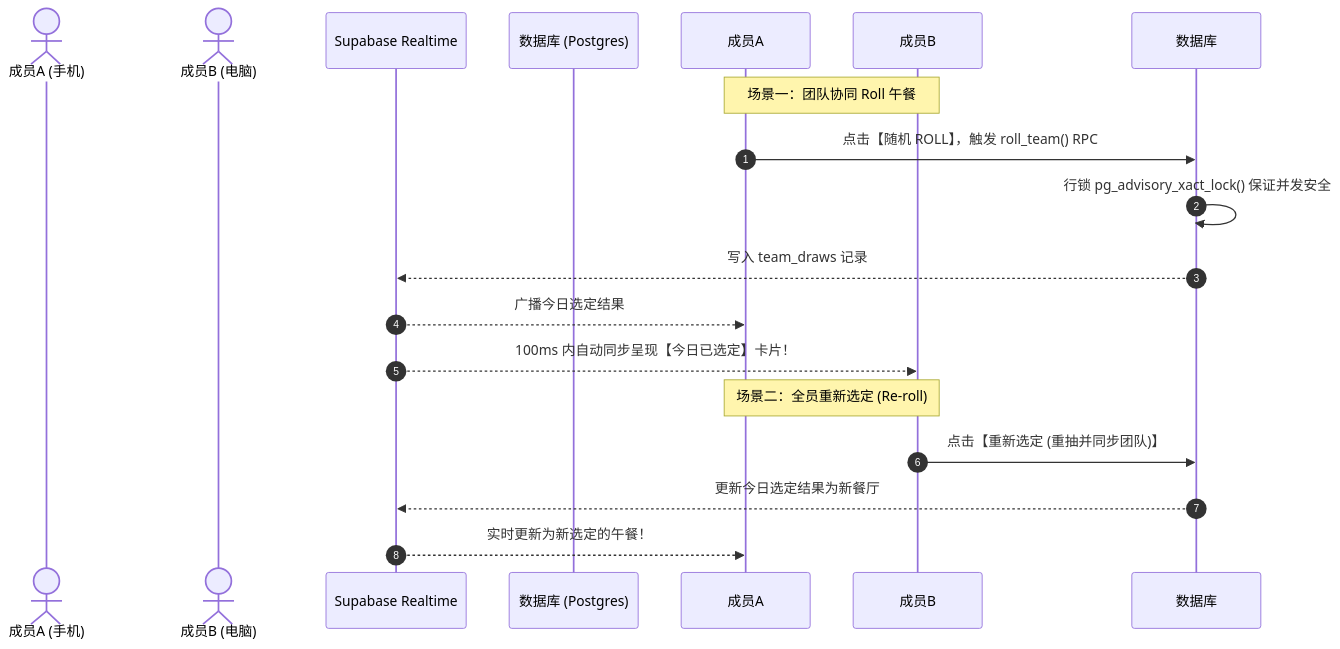
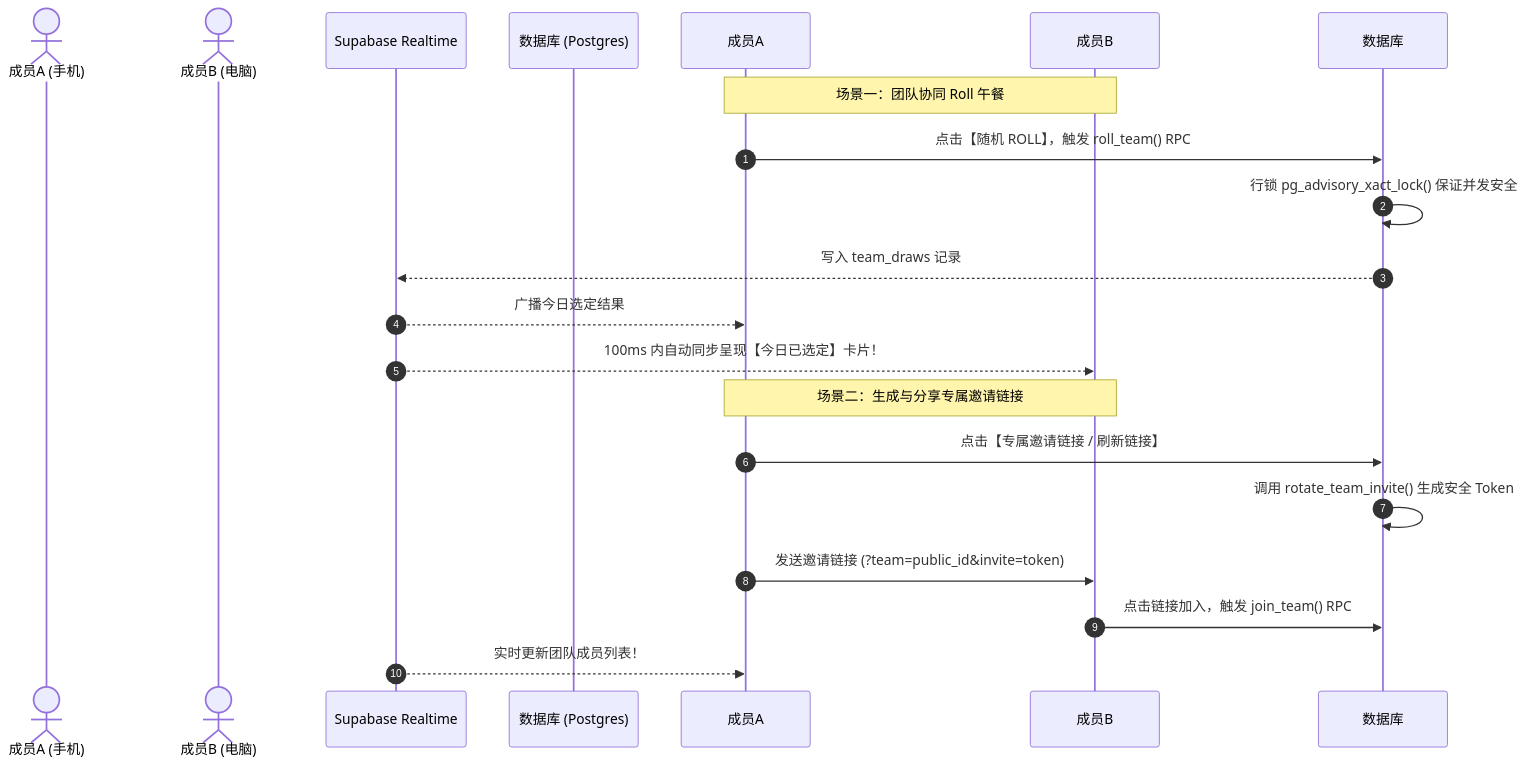
Before and after one commit to wangdengbin/weeklybento: the second of 2 diagrams in doc/GAMEPLAY_AND_RULES.md, drawn with Mermaid. The commit also changed other lines of this file and 2 other files, not shown here.

````diff
--- a/doc/GAMEPLAY_AND_RULES.md
+++ b/doc/GAMEPLAY_AND_RULES.md
@@ -56,20 +59,22 @@
 ```mermaid
 sequenceDiagram
     autonumber
     actor 成员A (手机)
     actor 成员B (电脑)
     participant Supabase Realtime
     participant 数据库 (Postgres)
 
     Note over 成员A, 成员B: 场景一：团队协同 Roll 午餐
     成员A->>数据库: 点击【随机 ROLL】，触发 roll_team() RPC
     数据库->>数据库: 行锁 pg_advisory_xact_lock() 保证并发安全
     数据库-->>Supabase Realtime: 写入 team_draws 记录
     Supabase Realtime-->>成员A: 广播今日选定结果
     Supabase Realtime-->>成员B: 100ms 内自动同步呈现【今日已选定】卡片！
 
-    Note over 成员A, 成员B: 场景二：全员重新选定 (Re-roll)
-    成员B->>数据库: 点击【重新选定 (重抽并同步团队)】
-    数据库-->>Supabase Realtime: 更新今日选定结果为新餐厅
-    Supabase Realtime-->>成员A: 实时更新为新选定的午餐！
+    Note over 成员A, 成员B: 场景二：生成与分享专属邀请链接
+    成员A->>数据库: 点击【专属邀请链接 / 刷新链接】
+    数据库->>数据库: 调用 rotate_team_invite() 生成安全 Token
+    成员A->>成员B: 发送邀请链接 (?team=public_id&invite=token)
+    成员B->>数据库: 点击链接加入，触发 join_team() RPC
+    Supabase Realtime-->>成员A: 实时更新团队成员列表！
 ```
````
